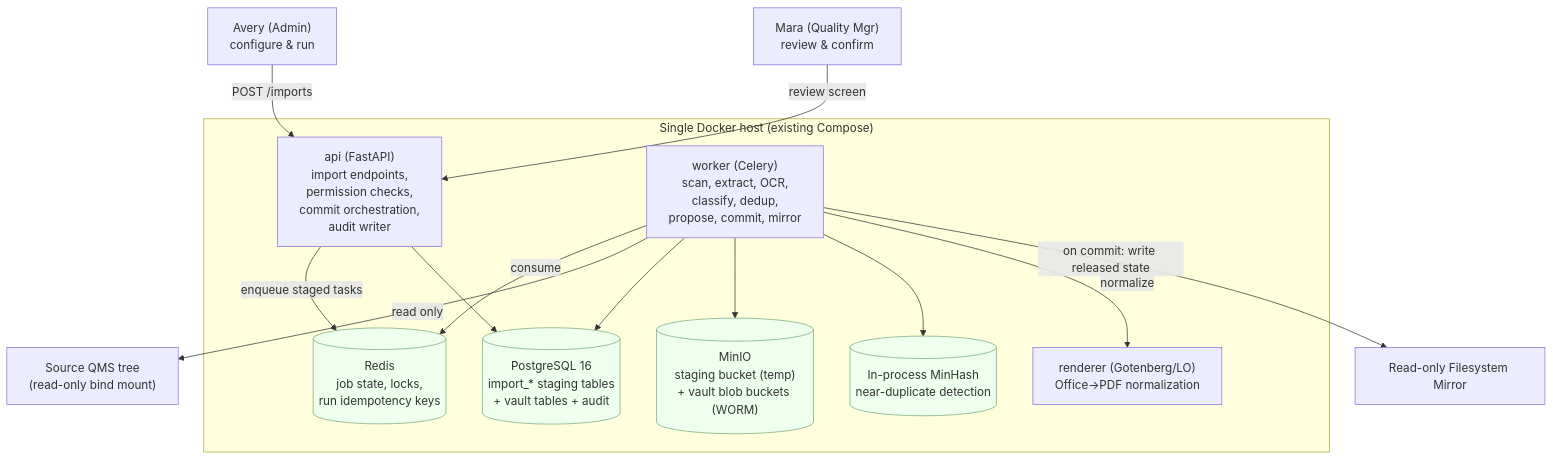
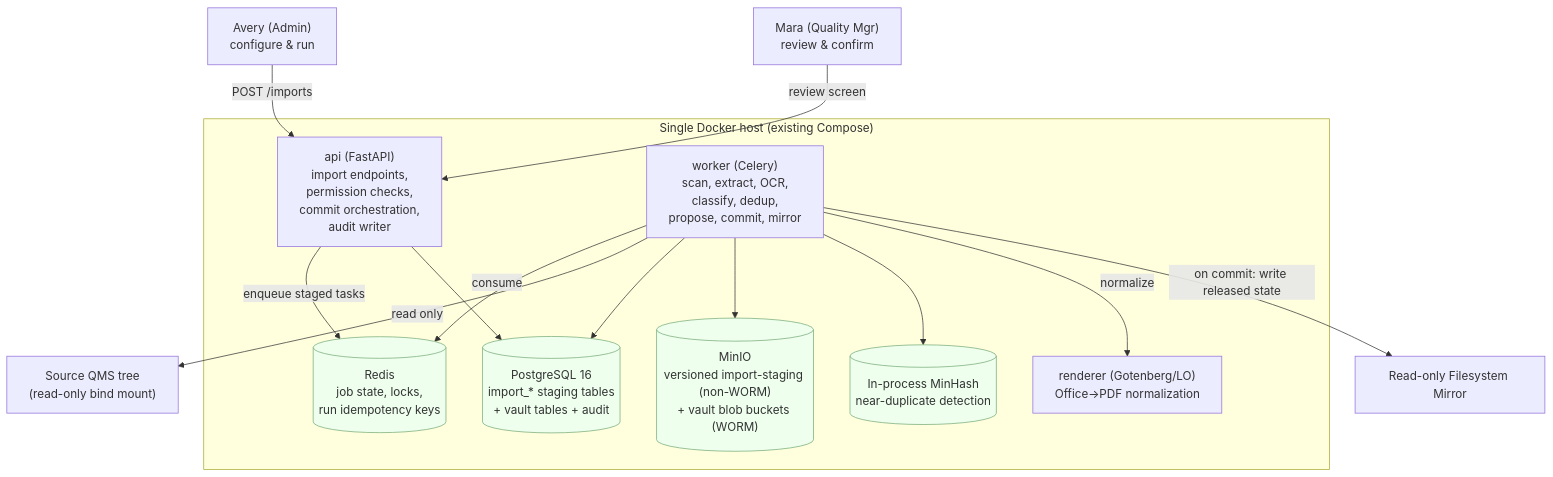
One commit to CoJoA13/EasySynQ changed the first of 7 diagrams in docs/09-ingestion-engine.md. Above: the diagram before and after it, drawn with Mermaid. The commit also changed other lines of this file and 73 other files, not shown here.

````diff
--- a/docs/09-ingestion-engine.md
+++ b/docs/09-ingestion-engine.md
@@ -58,33 +58,33 @@
 ```mermaid
 graph TB
     Mara["Mara (Quality Mgr)<br/>review &amp; confirm"]
     Avery["Avery (Admin)<br/>configure &amp; run"]
 
     subgraph Host["Single Docker host (existing Compose)"]
         API["api (FastAPI)<br/>import endpoints,<br/>permission checks,<br/>commit orchestration,<br/>audit writer"]
         WK["worker (Celery)<br/>scan, extract, OCR,<br/>classify, dedup,<br/>propose, commit, mirror"]
         REND["renderer (Gotenberg/LO)<br/>Office&rarr;PDF normalization"]
         PG[("PostgreSQL 16<br/>import_* staging tables<br/>+ vault tables + audit")]
-        OBJ[("MinIO<br/>staging bucket (temp)<br/>+ vault blob buckets (WORM)")]
+        OBJ[("MinIO<br/>versioned import-staging (non-WORM)<br/>+ vault blob buckets (WORM)")]
         IDX[("In-process MinHash<br/>near-duplicate detection")]
         RDS[("Redis<br/>job state, locks,<br/>run idempotency keys")]
     end
 
     SRC["Source QMS tree<br/>(read-only bind mount)"]
     MIR["Read-only Filesystem Mirror"]
 
     Avery -->|POST /imports| API
     Mara -->|review screen| API
     API -->|enqueue staged tasks| RDS
     WK -->|consume| RDS
     WK -->|read only| SRC
     WK --> PG
     WK --> OBJ
     WK --> IDX
     WK -->|normalize| REND
     API --> PG
     WK -->|on commit: write released state| MIR
 
     classDef store fill:#efe,stroke:#7a7;
     class PG,OBJ,IDX,RDS store;
 ```
````
